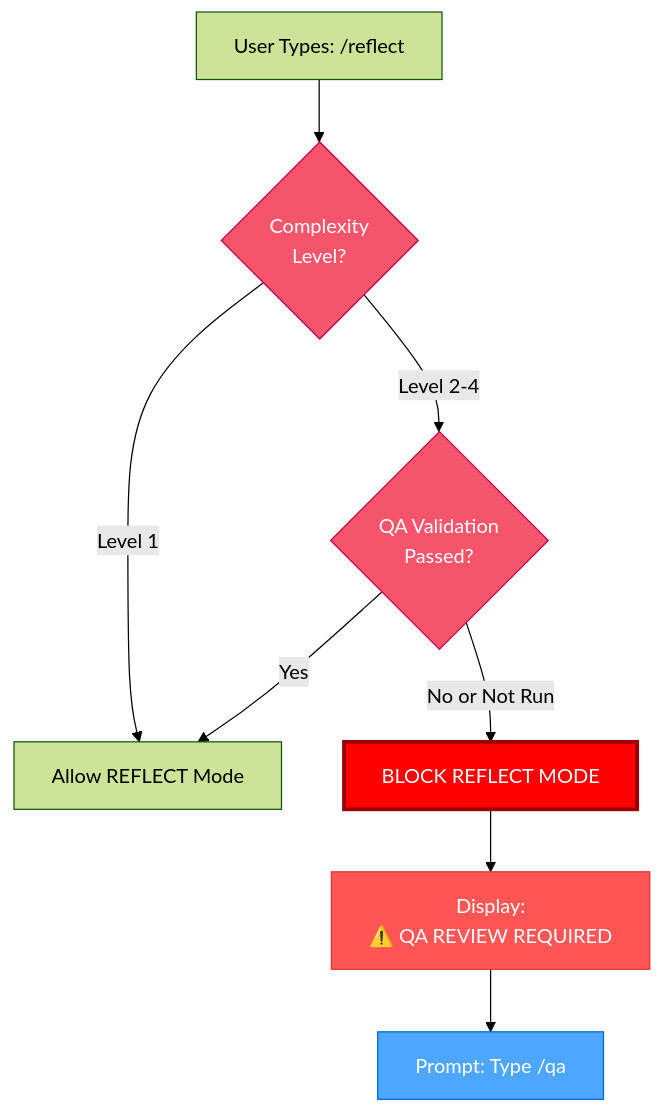
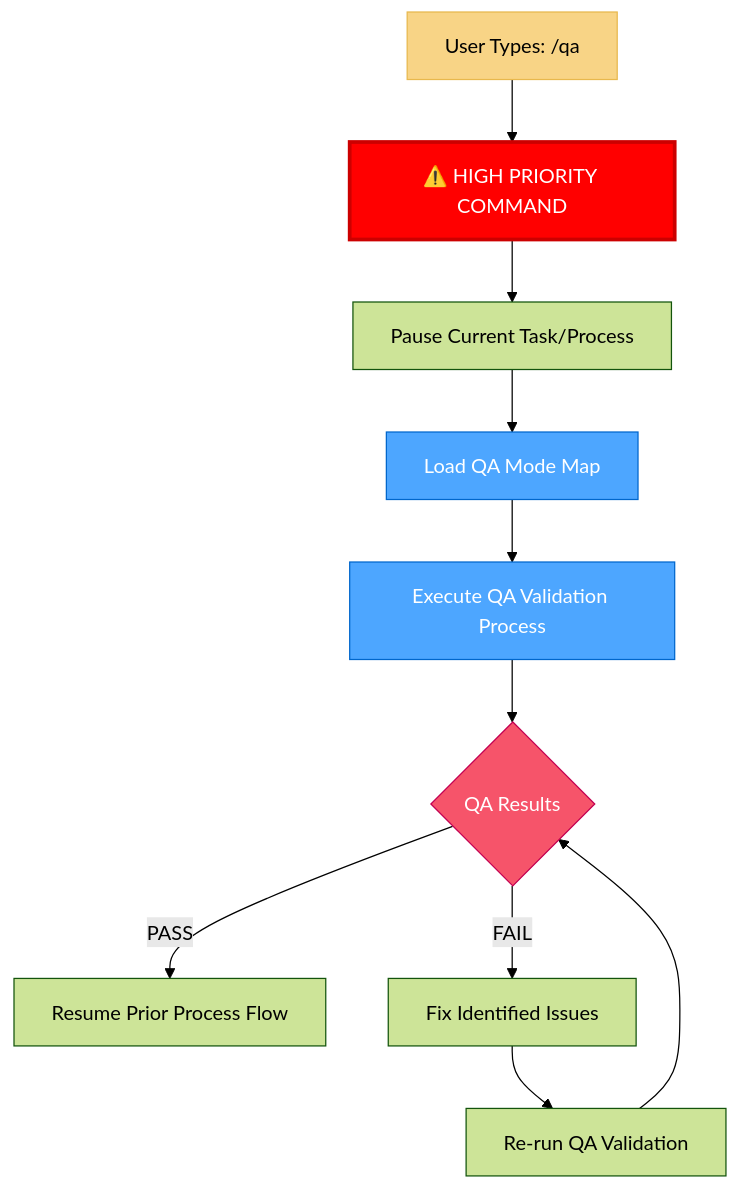
Before and after one commit to Texarkanine/.cursor-rules: the seventh of 12 diagrams in rulesets/niko/niko/visual-maps/van_mode_split/van-mode-map.mdc, drawn with Mermaid (forest theme). The commit also changed other lines of this file and 20 other files, not shown here.

````diff
--- a/rulesets/niko/niko/visual-maps/van_mode_split/van-mode-map.mdc
+++ b/rulesets/niko/niko/visual-maps/van_mode_split/van-mode-map.mdc
@@ -228,16 +231,19 @@
 ```mermaid
 graph TD
-    Start["User Types: /reflect"] --> CheckLevel{"Complexity<br>Level?"}
-    CheckLevel -->|"Level 1"| AllowReflect["Allow REFLECT Mode"]
-    CheckLevel -->|"Level 2-4"| CheckQA{"QA Validation<br>Passed?"}
-    CheckQA -->|"Yes"| AllowReflect
-    CheckQA -->|"No or Not Run"| BlockReflect["BLOCK REFLECT MODE"]
-    BlockReflect --> Message["Display:<br>⚠️ QA REVIEW REQUIRED"]
-    Message --> ReturnToQA["Prompt: Type /qa"]
-
-    style CheckLevel fill:#f6546a,stroke:#c30052,color:white
-    style CheckQA fill:#f6546a,stroke:#c30052,color:white
-    style BlockReflect fill:#ff0000,stroke:#990000,color:white,stroke-width:3px
-    style Message fill:#ff5555,stroke:#dd3333,color:white
-    style ReturnToQA fill:#4da6ff,stroke:#0066cc,color:white
+    UserQA["User Types: /qa"] --> HighPriority["⚠️ HIGH PRIORITY COMMAND"]
+    HighPriority --> CurrentTask["Pause Current Task/Process"]
+    CurrentTask --> LoadQA["Load QA Mode Map"]
+    LoadQA --> RunQA["Execute QA Validation Process"]
+    RunQA --> QAResults{"QA Results"}
+    
+    QAResults -->|"PASS"| ResumeFlow["Resume Prior Process Flow"]
+    QAResults -->|"FAIL"| FixIssues["Fix Identified Issues"]
+    FixIssues --> ReRunQA["Re-run QA Validation"]
+    ReRunQA --> QAResults
+    
+    style UserQA fill:#f8d486,stroke:#e8b84d,color:black
+    style HighPriority fill:#ff0000,stroke:#cc0000,color:white,stroke-width:3px
+    style LoadQA fill:#4da6ff,stroke:#0066cc,color:white
+    style RunQA fill:#4da6ff,stroke:#0066cc,color:white
+    style QAResults fill:#f6546a,stroke:#c30052,color:white
 ```
````
